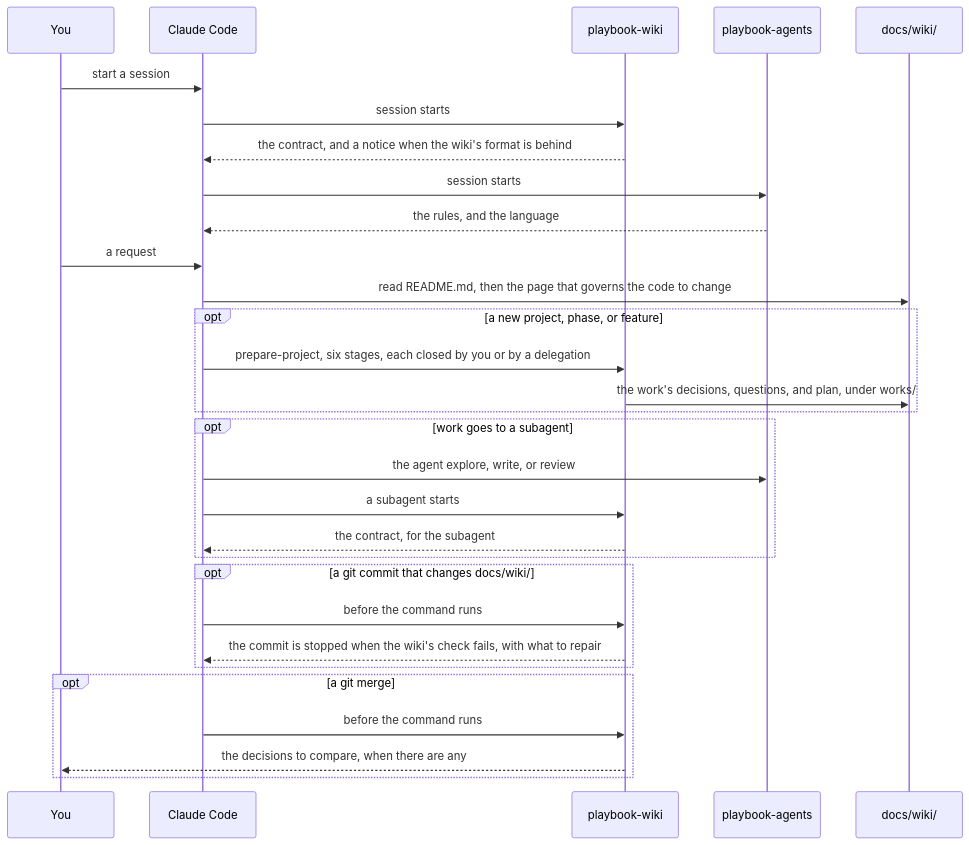
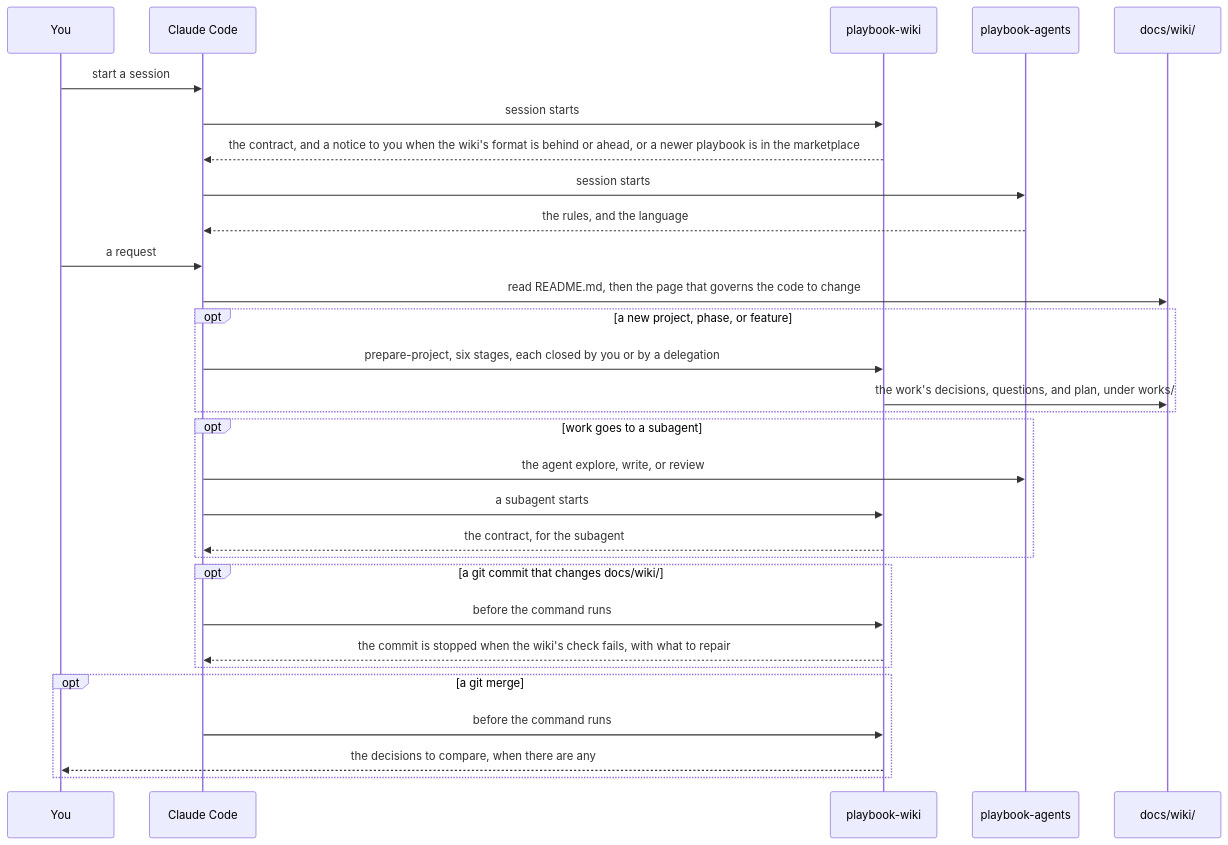
One commit to andresfrei/playbook changed the second of 2 diagrams in docs/claude-code.md. Above: the diagram before and after it, drawn with Mermaid. The commit also changed 5 other files, not shown here.

````diff
--- a/docs/claude-code.md
+++ b/docs/claude-code.md
@@ -20,32 +20,32 @@
 ```mermaid
 sequenceDiagram
   participant You
   participant CC as Claude Code
   participant W as playbook-wiki
   participant A as playbook-agents
   participant Wiki as docs/wiki/
   You->>CC: start a session
   CC->>W: session starts
-  W-->>CC: the contract, and a notice when the wiki's format is behind
+  W-->>CC: the contract, and a notice to you when the wiki's format is behind or ahead, or a newer playbook is in the marketplace
   CC->>A: session starts
   A-->>CC: the rules, and the language
   You->>CC: a request
   CC->>Wiki: read README.md, then the page that governs the code to change
   opt a new project, phase, or feature
     CC->>W: prepare-project, six stages, each closed by you or by a delegation
     W->>Wiki: the work's decisions, questions, and plan, under works/
   end
   opt work goes to a subagent
     CC->>A: the agent explore, write, or review
     CC->>W: a subagent starts
     W-->>CC: the contract, for the subagent
   end
   opt a git commit that changes docs/wiki/
     CC->>W: before the command runs
     W-->>CC: the commit is stopped when the wiki's check fails, with what to repair
   end
   opt a git merge
     CC->>W: before the command runs
     W-->>You: the decisions to compare, when there are any
   end
 ```
````
